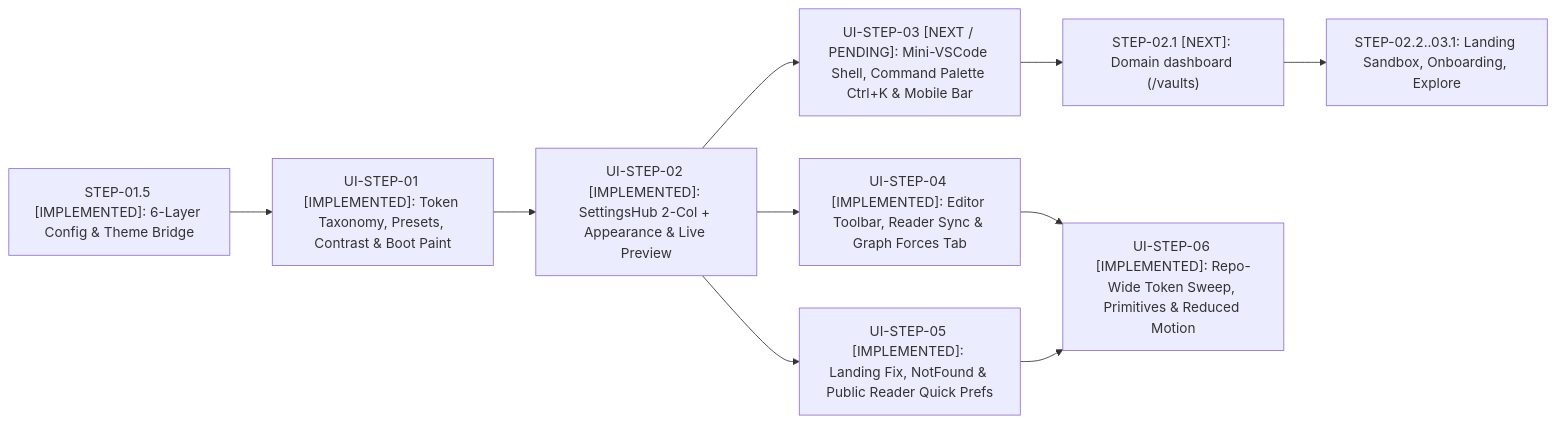
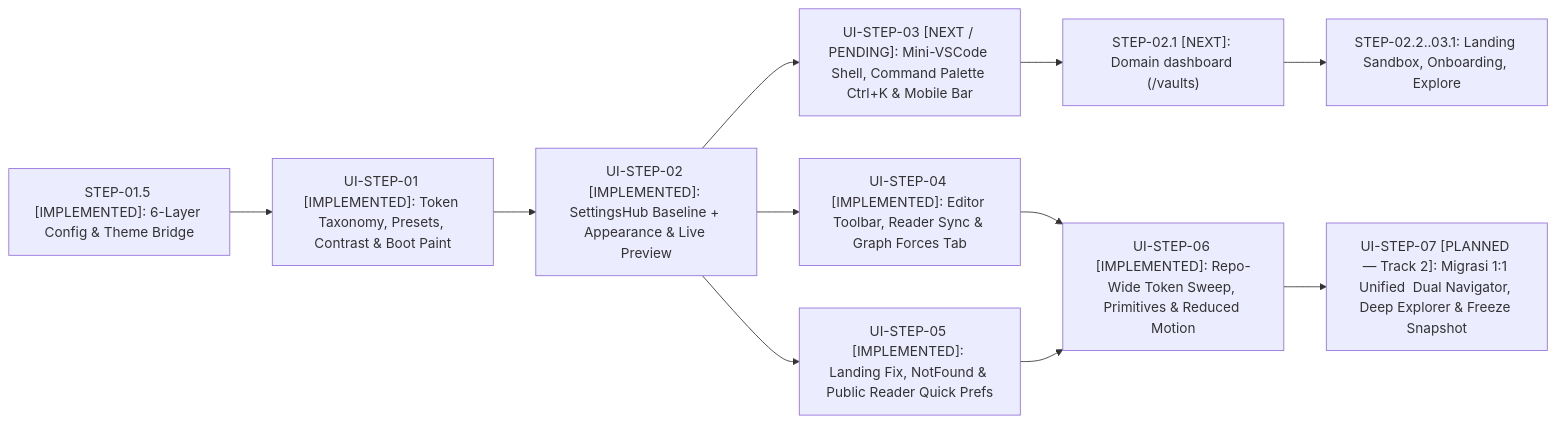
Before and after one commit to mjd-code/obmap-meed: the second of 2 diagrams in docs/02-planning/ui-ux-and-universal-design-system-plan.md, drawn with Mermaid. The commit also changed other lines of this file and 87 other files, not shown here.

````diff
--- a/docs/02-planning/ui-ux-and-universal-design-system-plan.md
+++ b/docs/02-planning/ui-ux-and-universal-design-system-plan.md
@@ -225,12 +237,13 @@
 ```mermaid
 flowchart LR
     S15["STEP-01.5 [IMPLEMENTED]: 6-Layer Config & Theme Bridge"] --> UI1["UI-STEP-01 [IMPLEMENTED]: Token Taxonomy, Presets, Contrast & Boot Paint"]
-    UI1 --> UI2["UI-STEP-02 [IMPLEMENTED]: SettingsHub 2-Col + Appearance & Live Preview"]
+    UI1 --> UI2["UI-STEP-02 [IMPLEMENTED]: SettingsHub Baseline + Appearance & Live Preview"]
     UI2 --> UI3["UI-STEP-03 [NEXT / PENDING]: Mini-VSCode Shell, Command Palette Ctrl+K & Mobile Bar"]
     UI3 --> S21["STEP-02.1 [NEXT]: Domain dashboard (/vaults)"]
     UI2 --> UI4["UI-STEP-04 [IMPLEMENTED]: Editor Toolbar, Reader Sync & Graph Forces Tab"]
     UI2 --> UI5["UI-STEP-05 [IMPLEMENTED]: Landing Fix, NotFound & Public Reader Quick Prefs"]
     S21 --> S22["STEP-02.2..03.1: Landing Sandbox, Onboarding, Explore"]
     UI4 --> UI6["UI-STEP-06 [IMPLEMENTED]: Repo-Wide Token Sweep, Primitives & Reduced Motion"]
     UI5 --> UI6
+    UI6 --> UI7["UI-STEP-07 [PLANNED — Track 2]: Migrasi 1:1 Unified <SettingsHub /> Dual Navigator, Deep Explorer & Freeze Snapshot"]
 ```
````
